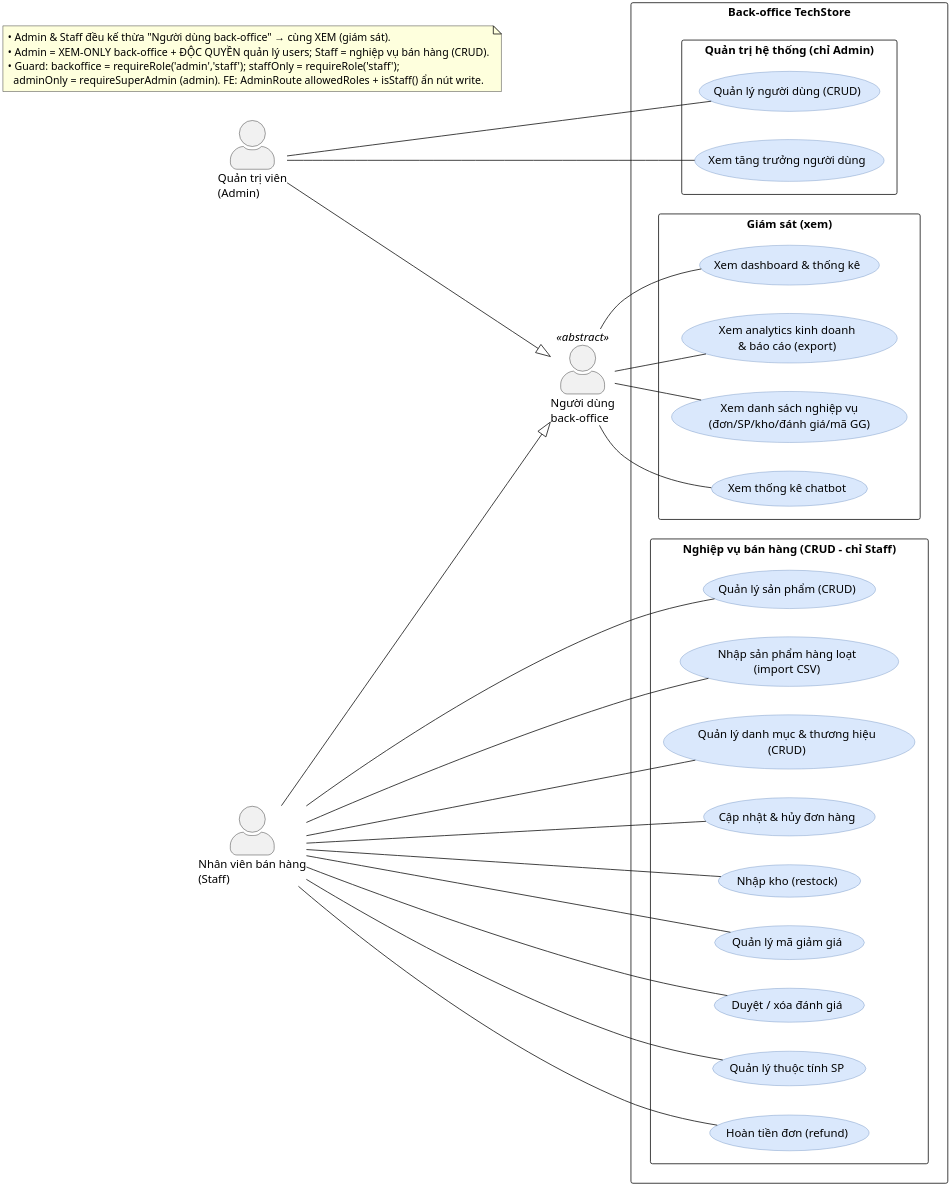
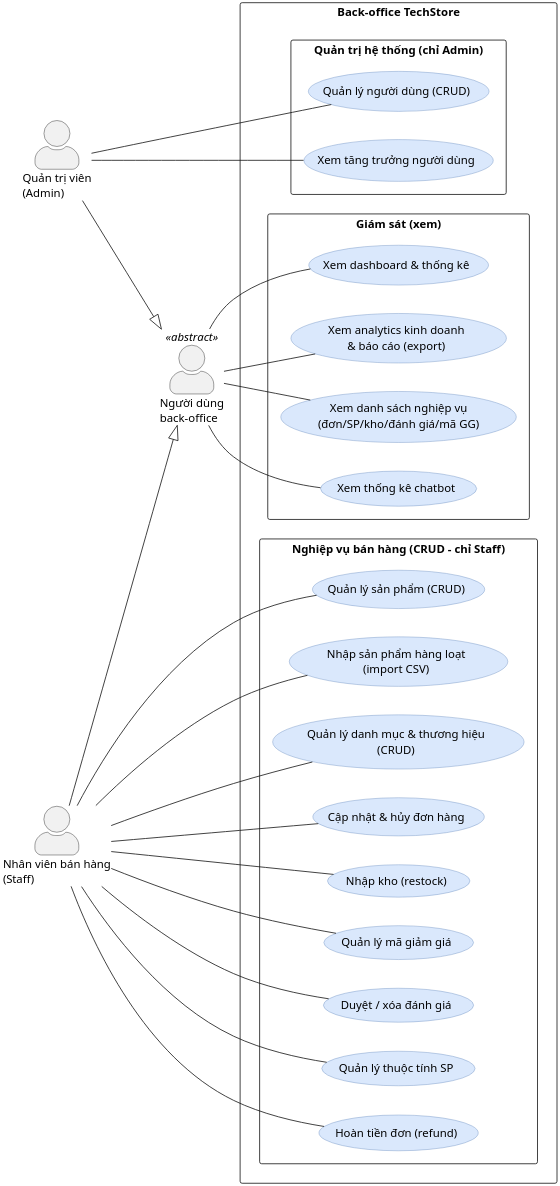
The diagram in diagrams/usecase/usecase-03-overview-admin.puml (MinhThang1009/E-commerce-website), drawn with PlantUML before and after one commit. The commit also changed 266 other files, not shown here.

```diff
--- a/diagrams/usecase/usecase-03-overview-admin.puml
+++ b/diagrams/usecase/usecase-03-overview-admin.puml
@@ -1,83 +1,85 @@
 @startuml usecase-03-overview-admin
 ' Sơ đồ use case — Back-office (Staff + Admin) — tổng quát, chuẩn ký pháp UML
 ' Ground-truth: RBAC §0 (CLAUDE.md) + admin/routes.js guard (adminOnly/staffOnly/backoffice) + cross-module staff writes.
 '   backoffice (admin+staff XEM): dashboard, analytics/*, reports/export, list (đơn/SP/kho/review/discount), chatbot/stats
 '   staffOnly (CRUD nghiệp vụ): products, orders status+cancel, inventory restock, discount, reviews verify/delete,
 '                               catalog write, payment refund, attribute
 '   ⚠️ Danh mục & thương hiệu CRUD nằm ở catalog/routes.js (POST/PUT/DELETE /api/categories|/api/brands
 '      guard authenticate+authorize('staff')) — KHÔNG ở admin module; sản phẩm CRUD có ở CẢ catalog & admin.
 '   ⚠️ Import sản phẩm hàng loạt = staffOnly (admin/routes.js:167 import-template + :168 import). Export = backoffice
 '      (GET /admin/products|reports/export) → đã gộp vào UC "analytics & báo cáo (export)", KHÔNG tách UC riêng.
 '   adminOnly (độc quyền): users CRUD, analytics/user-growth
 ' Mô hình hóa: Admin & Staff KẾ THỪA actor "Người dùng back-office" → cùng quyền XEM (giám sát);
 '   mỗi vai thêm quyền riêng (Admin = users; Staff = CRUD nghiệp vụ). Admin = XEM-ONLY back-office.
 left to right direction
 skinparam dpi 300
 skinparam backgroundColor #FFFFFF
 skinparam shadowing false
 skinparam packageStyle rectangle
 skinparam usecase {
   BackgroundColor #DAE8FC
   BorderColor #6C8EBF
 }
 skinparam actorStyle awesome
 
 actor "Người dùng\nback-office" as bo <<abstract>>
 actor "Quản trị viên\n(Admin)" as admin
 actor "Nhân viên bán hàng\n(Staff)" as staff
 
 admin --|> bo
 staff --|> bo
 
 rectangle "Back-office TechStore" {
   package "Giám sát (xem)" {
     usecase "Xem dashboard & thống kê" as UC_dash
     usecase "Xem analytics kinh doanh\n& báo cáo (export)" as UC_analytics
     usecase "Xem danh sách nghiệp vụ\n(đơn/SP/kho/đánh giá/mã GG)" as UC_list
     usecase "Xem thống kê chatbot" as UC_chatstat
   }
   package "Quản trị hệ thống (chỉ Admin)" {
     usecase "Quản lý người dùng (CRUD)" as UC_user
     usecase "Xem tăng trưởng người dùng" as UC_growth
   }
   package "Nghiệp vụ bán hàng (CRUD - chỉ Staff)" {
     usecase "Quản lý sản phẩm (CRUD)" as UC_product
     usecase "Nhập sản phẩm hàng loạt\n(import CSV)" as UC_import
     usecase "Quản lý danh mục & thương hiệu\n(CRUD)" as UC_catalog
     usecase "Cập nhật & hủy đơn hàng" as UC_order
     usecase "Nhập kho (restock)" as UC_stock
     usecase "Quản lý mã giảm giá" as UC_discount
     usecase "Duyệt / xóa đánh giá" as UC_review
     usecase "Quản lý thuộc tính SP" as UC_attr
     usecase "Hoàn tiền đơn (refund)" as UC_refund
   }
 }
 
 ' Quyền XEM dùng chung → nối actor cha (Admin & Staff kế thừa)
 bo -- UC_dash
 bo -- UC_analytics
 bo -- UC_list
 bo -- UC_chatstat
 
 ' Admin độc quyền
 admin -- UC_user
 admin -- UC_growth
 
 ' Staff độc quyền (nghiệp vụ bán hàng)
 staff -- UC_product
 staff -- UC_import
 staff -- UC_catalog
 staff -- UC_order
 staff -- UC_stock
 staff -- UC_discount
 staff -- UC_review
 staff -- UC_attr
 staff -- UC_refund
 
+/'
 note as N1
   • Admin & Staff đều kế thừa "Người dùng back-office" → cùng XEM (giám sát).
   • Admin = XEM-ONLY back-office + ĐỘC QUYỀN quản lý users; Staff = nghiệp vụ bán hàng (CRUD).
   • Guard: backoffice = requireRole('admin','staff'); staffOnly = requireRole('staff');
     adminOnly = requireSuperAdmin (admin). FE: AdminRoute allowedRoles + isStaff() ẩn nút write.
 end note
+'/
 @enduml
```
